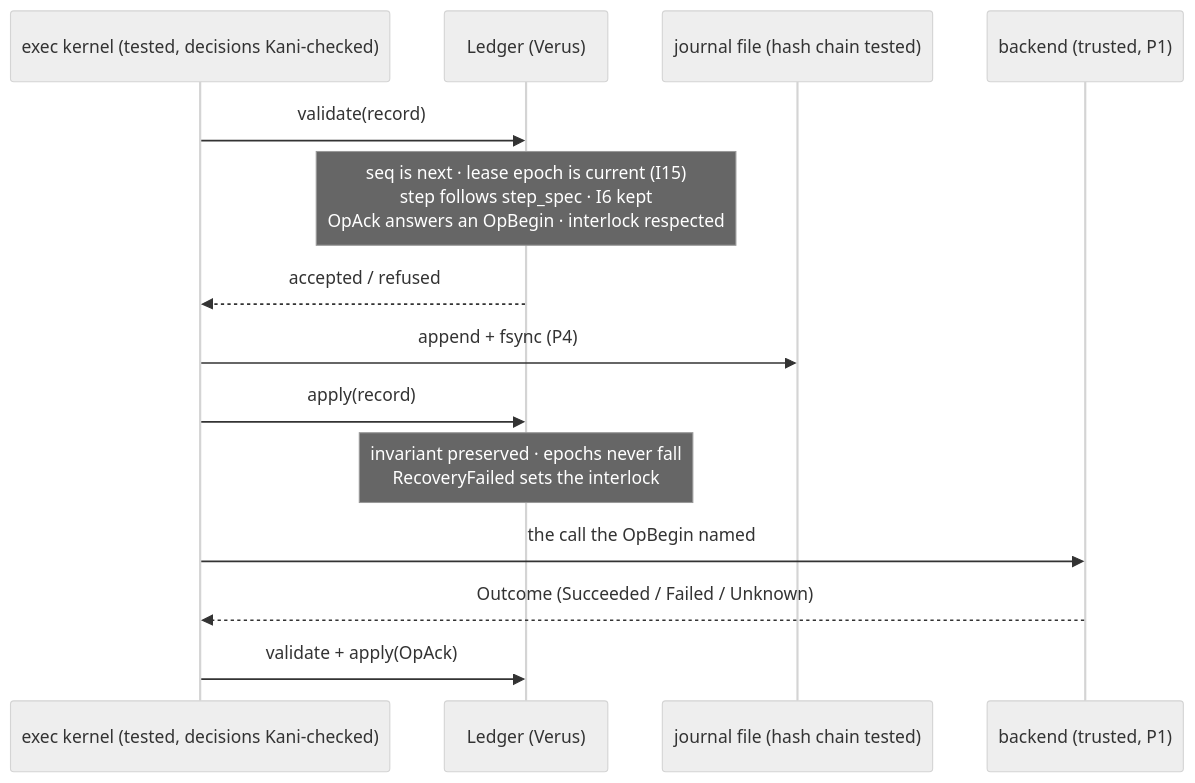
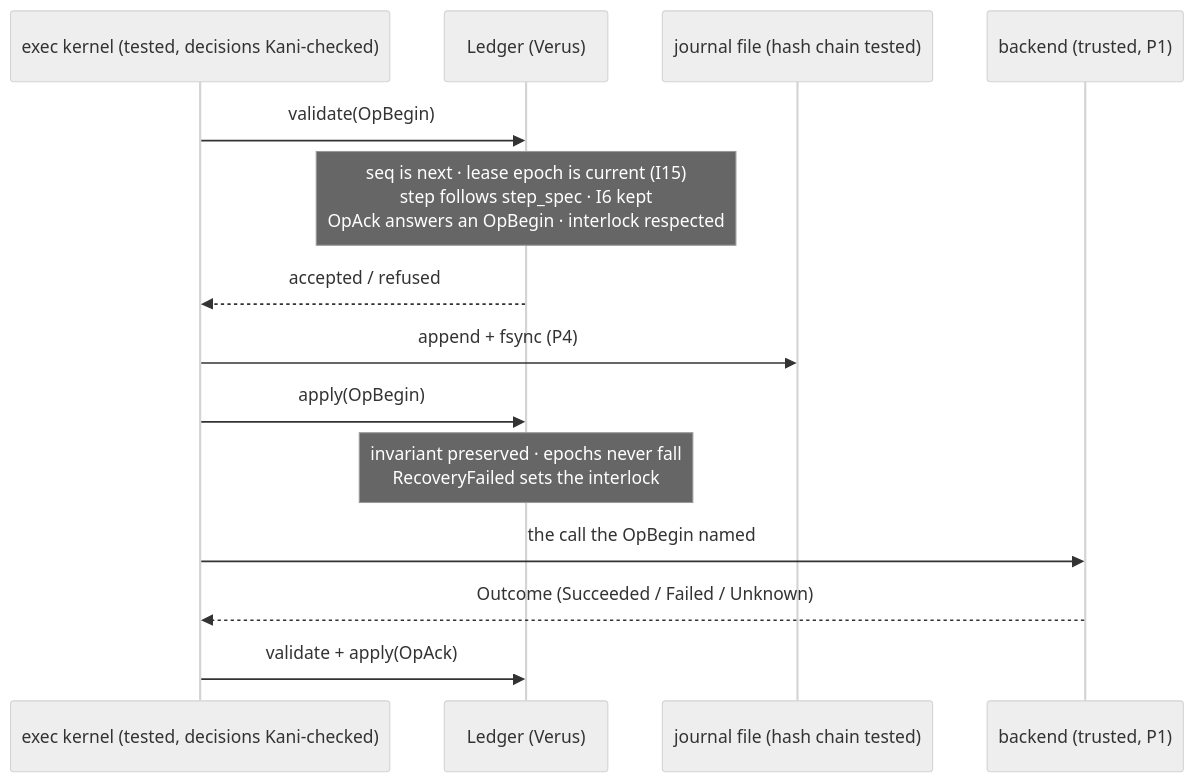
Before and after one commit to aubrika/planarian: the fourth of 4 diagrams in docs/guarantees.md, drawn with Mermaid (neutral theme). The commit also changed other lines of this file, not shown here.

First line of the commit message:
guarantees.md: shorter diagram titles (they wrapped under the boxes); OpBegin in the ledger path

````diff
--- a/docs/guarantees.md
+++ b/docs/guarantees.md
@@ -265,16 +268,16 @@
 ```mermaid
 sequenceDiagram
   participant K as exec kernel (tested, decisions Kani-checked)
   participant L as Ledger (Verus)
   participant J as journal file (hash chain tested)
   participant B as backend (trusted, P1)
-  K->>L: validate(record)
+  K->>L: validate(OpBegin)
   Note over L: seq is next · lease epoch is current (I15)<br/>step follows step_spec · I6 kept<br/>OpAck answers an OpBegin · interlock respected
   L-->>K: accepted / refused
   K->>J: append + fsync (P4)
-  K->>L: apply(record)
+  K->>L: apply(OpBegin)
   Note over L: invariant preserved · epochs never fall<br/>RecoveryFailed sets the interlock
   K->>B: the call the OpBegin named
   B-->>K: Outcome (Succeeded / Failed / Unknown)
   K->>L: validate + apply(OpAck)
 ```
````
